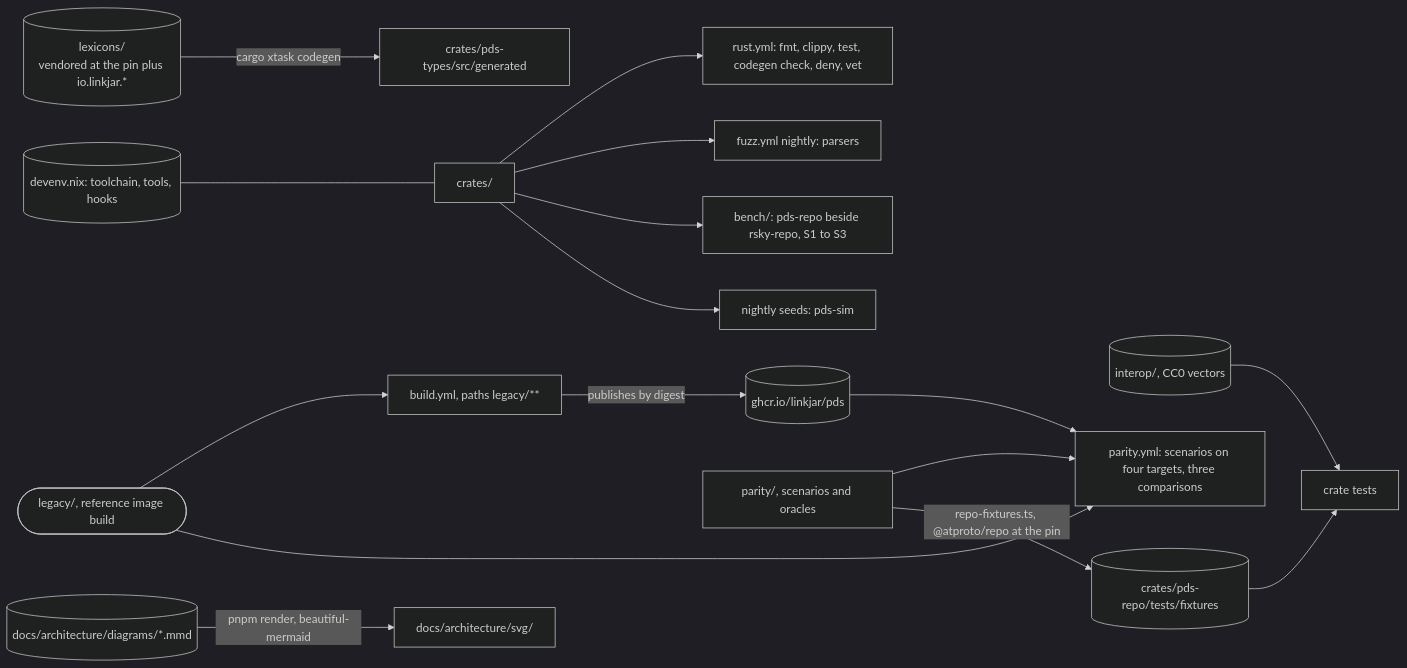
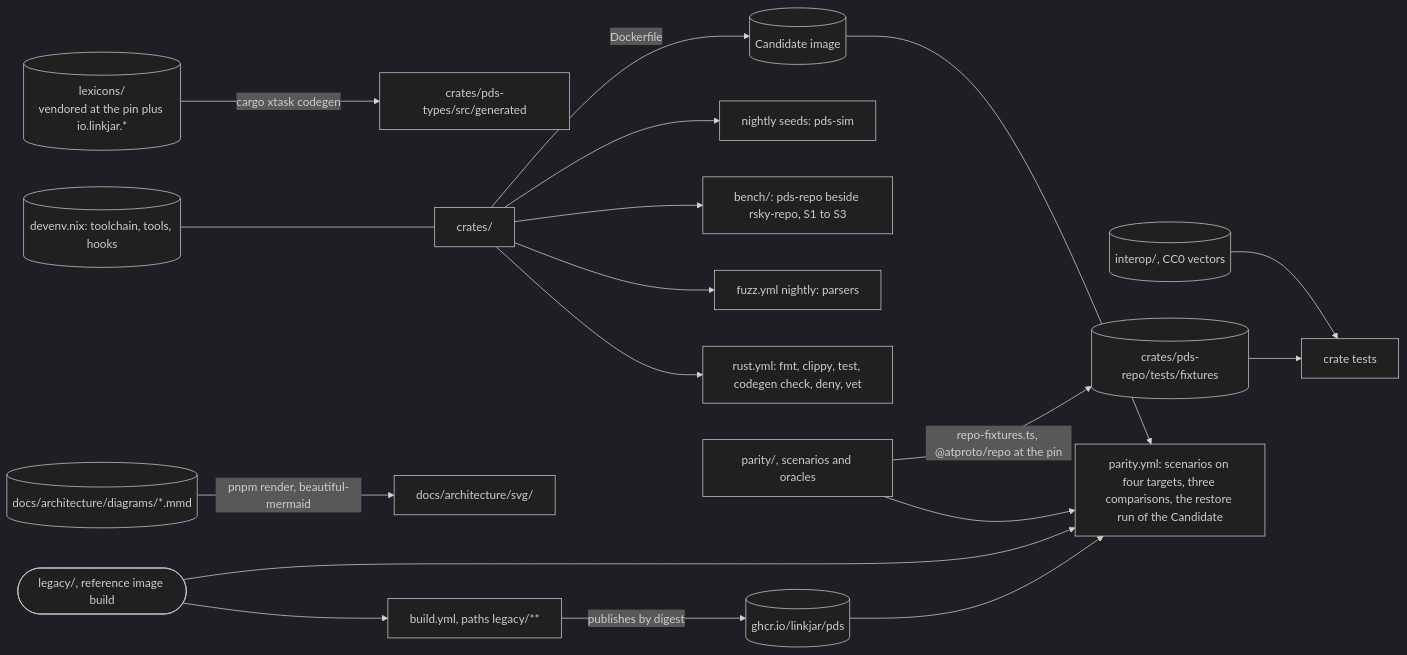
Before and after one commit to linkjar/pds: the diagram in docs/architecture/diagrams/18-repository.mmd, drawn with Mermaid (dark theme). The commit also changed 17 other files, not shown here.

```diff
--- a/docs/architecture/diagrams/18-repository.mmd
+++ b/docs/architecture/diagrams/18-repository.mmd
@@ -1,16 +1,18 @@
 flowchart LR
   lex[(lexicons/<br/>vendored at the pin plus io.linkjar.*)] -- cargo xtask codegen --> gen[crates/pds-types/src/generated]
   interop[(interop/, CC0 vectors)] --> tests[crate tests]
   src[crates/] --> ci[rust.yml: fmt, clippy, test, codegen check, deny, vet]
   src --> fuzz[fuzz.yml nightly: parsers]
   src --> bench[bench/: pds-repo beside rsky-repo, S1 to S3]
   src --> sim[nightly seeds: pds-sim]
   legacy([legacy/, reference image build]) --> build[build.yml, paths legacy/**]
   build -- publishes by digest --> image[(ghcr.io/linkjar/pds)]
-  parity[parity/, scenarios and oracles] --> gate[parity.yml: scenarios on four targets, three comparisons]
+  parity[parity/, scenarios and oracles] --> gate[parity.yml: scenarios on four targets, three comparisons, the restore run of the Candidate]
   image --> gate
+  src -- Dockerfile --> candidate[(Candidate image)]
+  candidate --> gate
   legacy --> gate
   parity -- repo-fixtures.ts, @atproto/repo at the pin --> fixtures[(crates/pds-repo/tests/fixtures)]
   fixtures --> tests
   devenv[(devenv.nix: toolchain, tools, hooks)] --- src
   mmd[(docs/architecture/diagrams/*.mmd)] -- pnpm render, beautiful-mermaid --> svg[docs/architecture/svg/]
```
